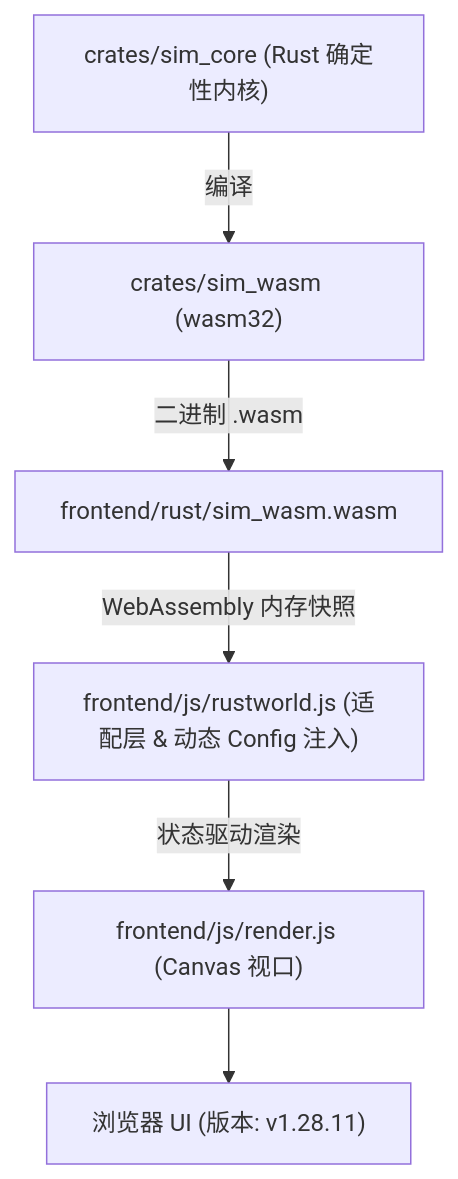
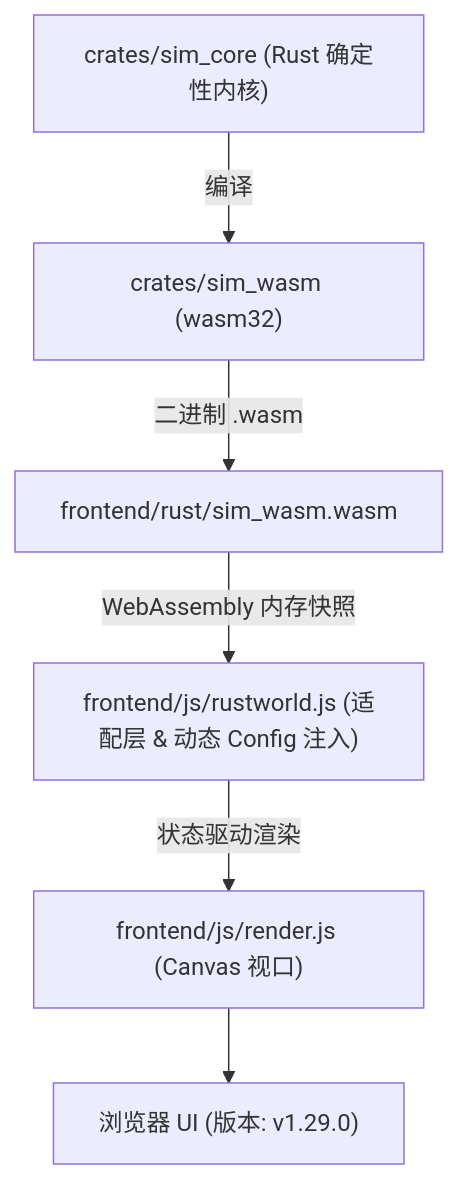
One commit to g39088902/FlowAndAccord changed the diagram in AGENTS.md. Above: the diagram before and after it, drawn with Mermaid. The commit also changed other lines of this file and 26 other files, not shown here.

````diff
--- a/AGENTS.md
+++ b/AGENTS.md
@@ -51,8 +51,8 @@
 ```mermaid
 graph TD
     A["crates/sim_core (Rust 确定性内核)"] -->|编译| B["crates/sim_wasm (wasm32)"]
     B -->|二进制 .wasm| C["frontend/rust/sim_wasm.wasm"]
     C -->|WebAssembly 内存快照| D["frontend/js/rustworld.js (适配层 & 动态 Config 注入)"]
     D -->|状态驱动渲染| E["frontend/js/render.js (Canvas 视口)"]
-    E --> F["浏览器 UI (版本: v1.28.11)"]
+    E --> F["浏览器 UI (版本: v1.29.0)"]
 ```
````
